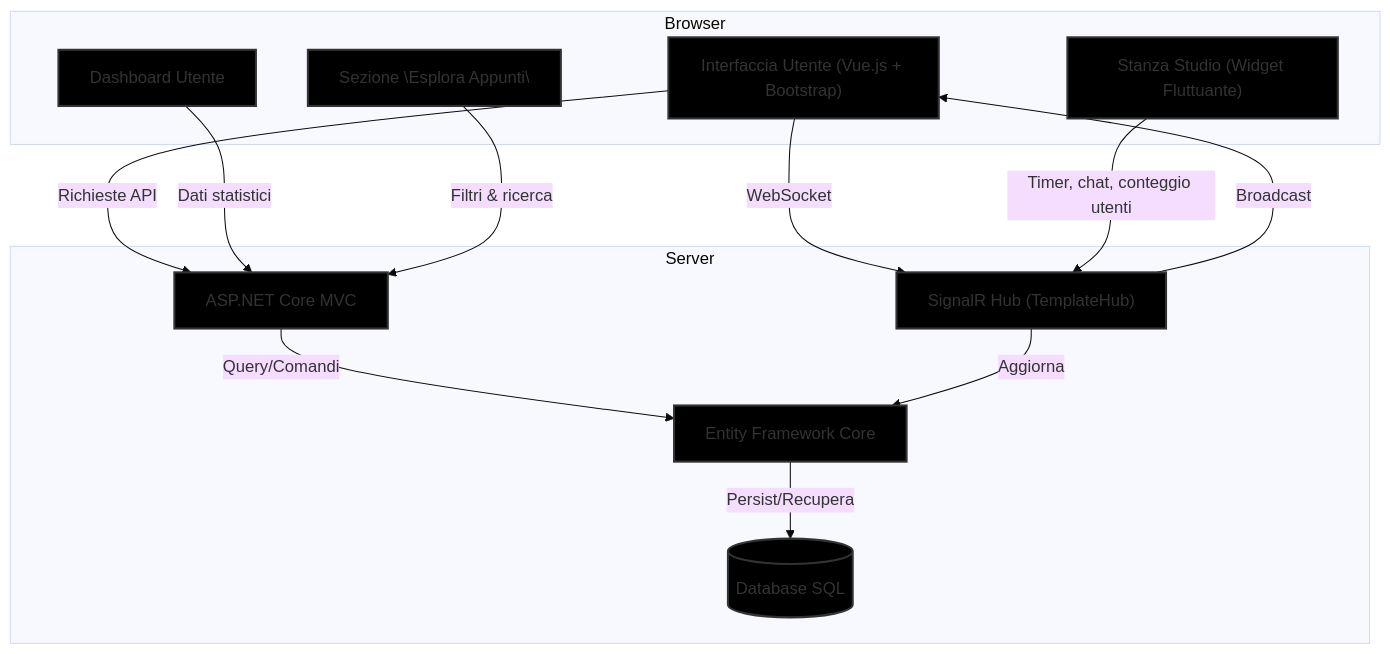
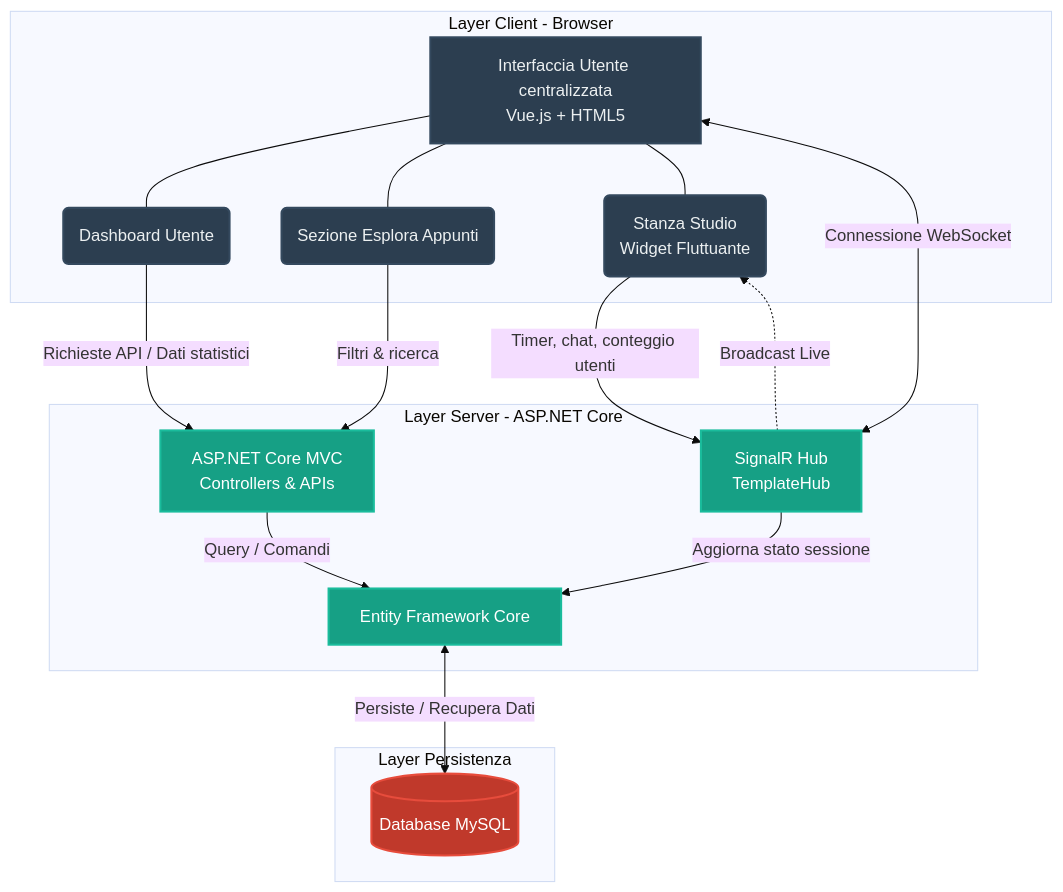
One commit to matteoaloe2004/SyncStudio_Laboratorio_Uomo_Macchina_2025-26 changed the diagram in README.md. Above: the diagram before and after it, drawn with Mermaid (base theme).

Commit message:
Update readme Mermaid

````diff
--- a/README.md
+++ b/README.md
@@ -37,30 +37,47 @@
 ```mermaid
-flowchart TD
-    subgraph Browser
-        UI["Interfaccia Utente (Vue.js + Bootstrap)"]
-        Dashboard["Dashboard Utente"]
-        Explore["Sezione \"Esplora Appunti\""]
-        Room["Stanza Studio (Widget Fluttuante)"]
+graph TD
+    subgraph Browser [Layer Client - Browser]
+        UI[Interfaccia Utente centralizzata<br/>Vue.js + HTML5]
+        
+        Dash(Dashboard Utente)
+        Esp(Sezione Esplora Appunti)
+        Stanza(Stanza Studio<br/>Widget Fluttuante)
+        
+        UI --- Dash
+        UI --- Esp
+        UI --- Stanza
     end
-    subgraph Server
-        MVC["ASP.NET Core MVC"]
-        Hub["SignalR Hub (TemplateHub)"]
-        EF["Entity Framework Core"]
-        DB[("Database SQL")]
+
+    subgraph Server [Layer Server - ASP.NET Core]
+        MVC[ASP.NET Core MVC<br/>Controllers & APIs]
+        Hub[SignalR Hub<br/>TemplateHub]
+        EF[Entity Framework Core]
     end
+
+    subgraph Database [Layer Persistenza]
+        DB[(Database MySQL)]
+    end
+
+    %% Relazioni Client -> Server
+    Dash -->|Richieste API / Dati statistici| MVC
+    Esp -->|Filtri & ricerca| MVC
+    Stanza -->|Timer, chat, conteggio utenti| Hub
     
-    UI -->|"Richieste API"| MVC
-    MVC -->|"Query/Comandi"| EF
-    EF -->|"Persist/Recupera"| DB
+    %% Relazioni Bidirezionali e Broadcast
+    UI <-->|Connessione WebSocket| Hub
+    Hub -.->|Broadcast Live| Stanza
+
+    %% Relazioni Server -> Database
+    MVC -->|Query / Comandi| EF
+    Hub -->|Aggiorna stato sessione| EF
+    EF <-->|Persiste / Recupera Dati| DB
+
+    %% Stili personalizzati per migliorare la resa visiva
+    classDef browserLayer fill:#2c3e50,stroke:#34495e,stroke-width:2px,color:#ecf0f1;
+    classDef serverLayer fill:#16a085,stroke:#1abc9c,stroke-width:2px,color:#fff;
+    classDef dbLayer fill:#c0392b,stroke:#e74c3c,stroke-width:2px,color:#fff;
     
-    UI -->|"WebSocket"| Hub
-    Hub -->|"Broadcast"| UI
-    Hub -->|"Aggiorna"| EF
-    
-    Dashboard -->|"Dati statistici"| MVC
-    Explore -->|"Filtri & ricerca"| MVC
-    Room -->|"Timer, chat, conteggio utenti"| Hub
-    
-    classDef external fill:#000000,stroke:#333,stroke-width:2px;
-    class UI,Dashboard,Explore,Room,MVC,Hub,EF,DB external;
+    class UI,Dash,Esp,Stanza browserLayer;
+    class MVC,Hub,EF serverLayer;
+    class DB dbLayer;
 ```
````
